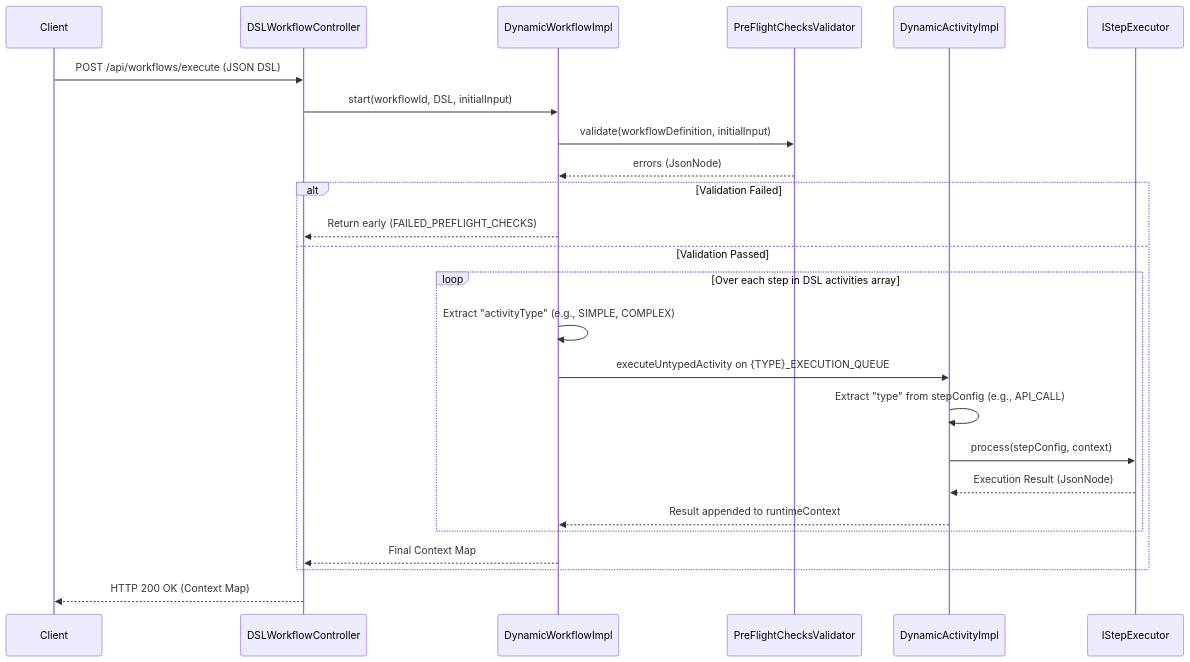
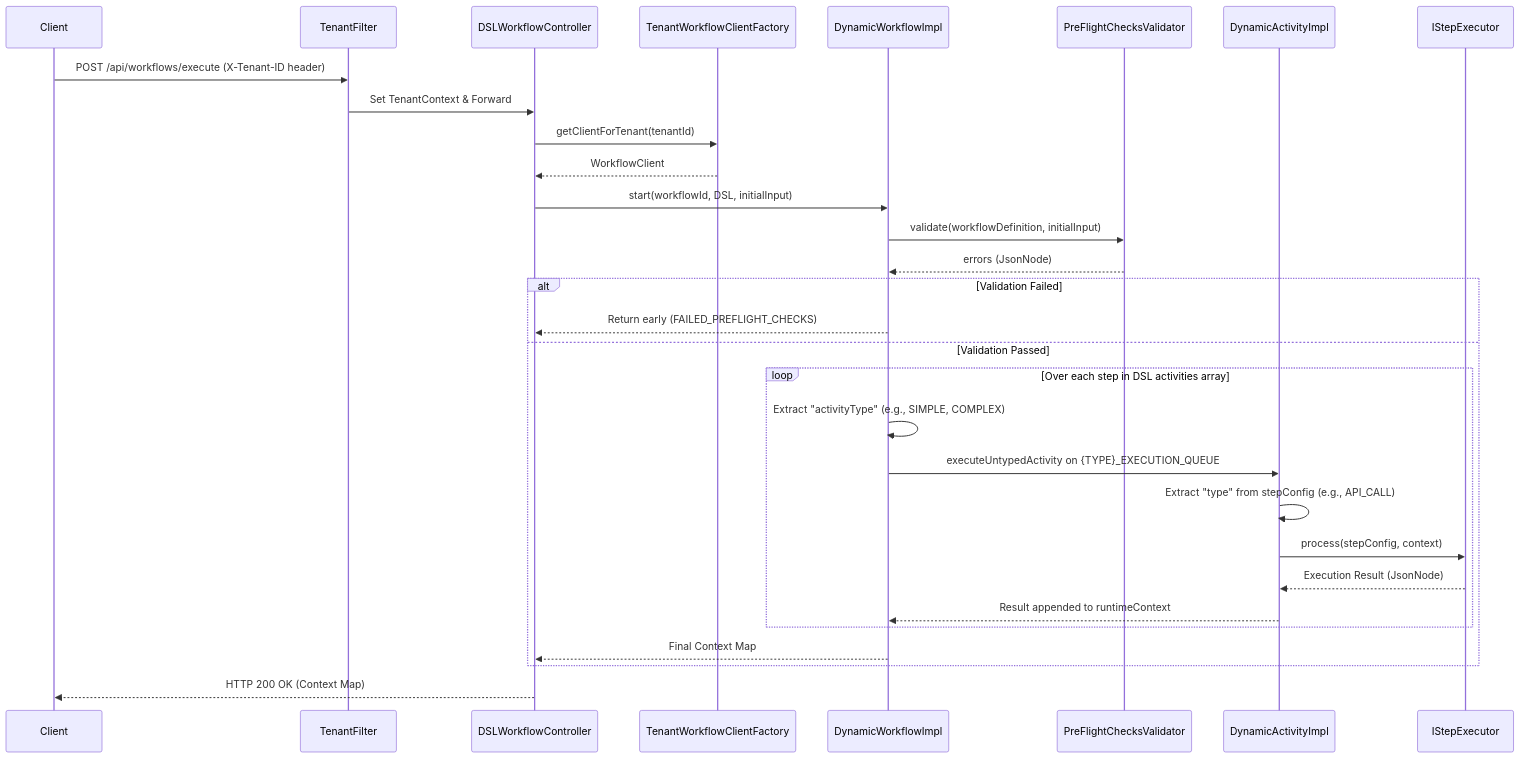
Before and after one commit to Inno-Verse/temporal-projects: the second of 2 diagrams in dynamic-workflows/README.md, drawn with Mermaid. The commit also changed other lines of this file and 1 other file, not shown here.

````diff
--- a/dynamic-workflows/README.md
+++ b/dynamic-workflows/README.md
@@ -62,31 +70,36 @@
 ```mermaid
 sequenceDiagram
     participant Client
+    participant Filter as TenantFilter
     participant Controller as DSLWorkflowController
+    participant Factory as TenantWorkflowClientFactory
     participant Workflow as DynamicWorkflowImpl
     participant Validator as PreFlightChecksValidator
     participant Activity as DynamicActivityImpl
     participant Executor as IStepExecutor
 
-    Client->>Controller: POST /api/workflows/execute (JSON DSL)
+    Client->>Filter: POST /api/workflows/execute (X-Tenant-ID header)
+    Filter->>Controller: Set TenantContext & Forward
+    Controller->>Factory: getClientForTenant(tenantId)
+    Factory-->>Controller: WorkflowClient
     Controller->>Workflow: start(workflowId, DSL, initialInput)
     
     Workflow->>Validator: validate(workflowDefinition, initialInput)
     Validator-->>Workflow: errors (JsonNode)
     
     alt Validation Failed
         Workflow-->>Controller: Return early (FAILED_PREFLIGHT_CHECKS)
     else Validation Passed
         loop Over each step in DSL activities array
             Workflow->>Workflow: Extract "activityType" (e.g., SIMPLE, COMPLEX)
             Workflow->>Activity: executeUntypedActivity on {TYPE}_EXECUTION_QUEUE
             Activity->>Activity: Extract "type" from stepConfig (e.g., API_CALL)
             Activity->>Executor: process(stepConfig, context)
             Executor-->>Activity: Execution Result (JsonNode)
             Activity-->>Workflow: Result appended to runtimeContext
         end
         Workflow-->>Controller: Final Context Map
     end
 
     Controller-->>Client: HTTP 200 OK (Context Map)
 ```
````
